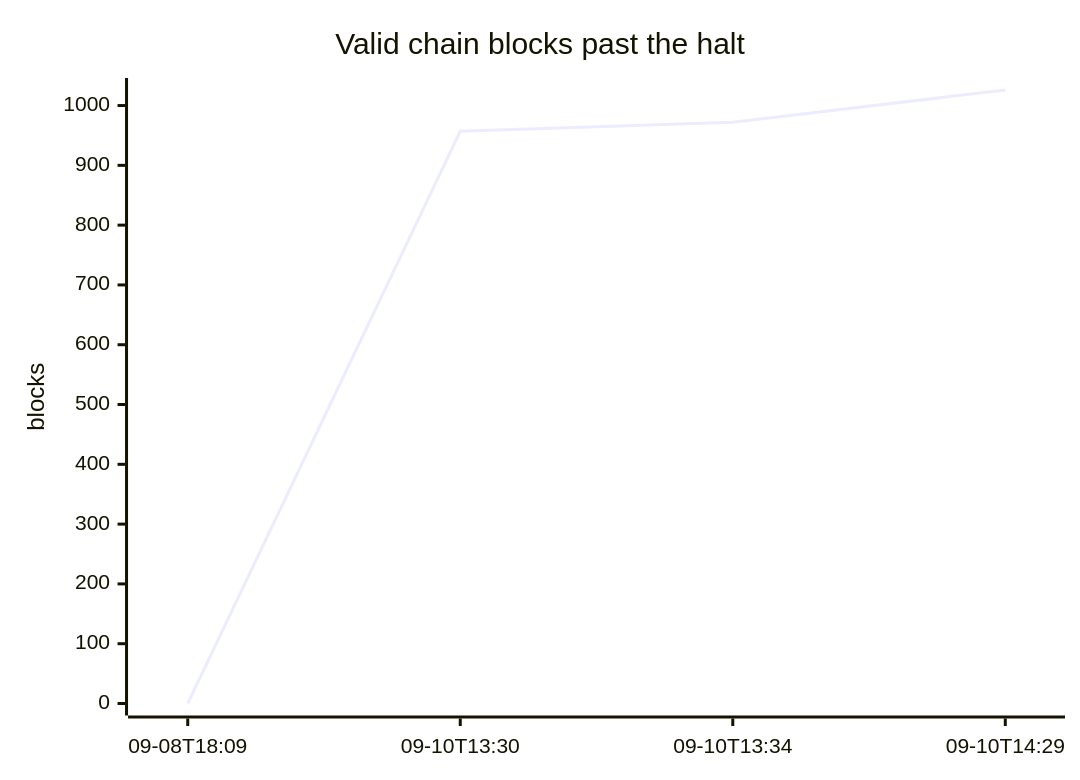
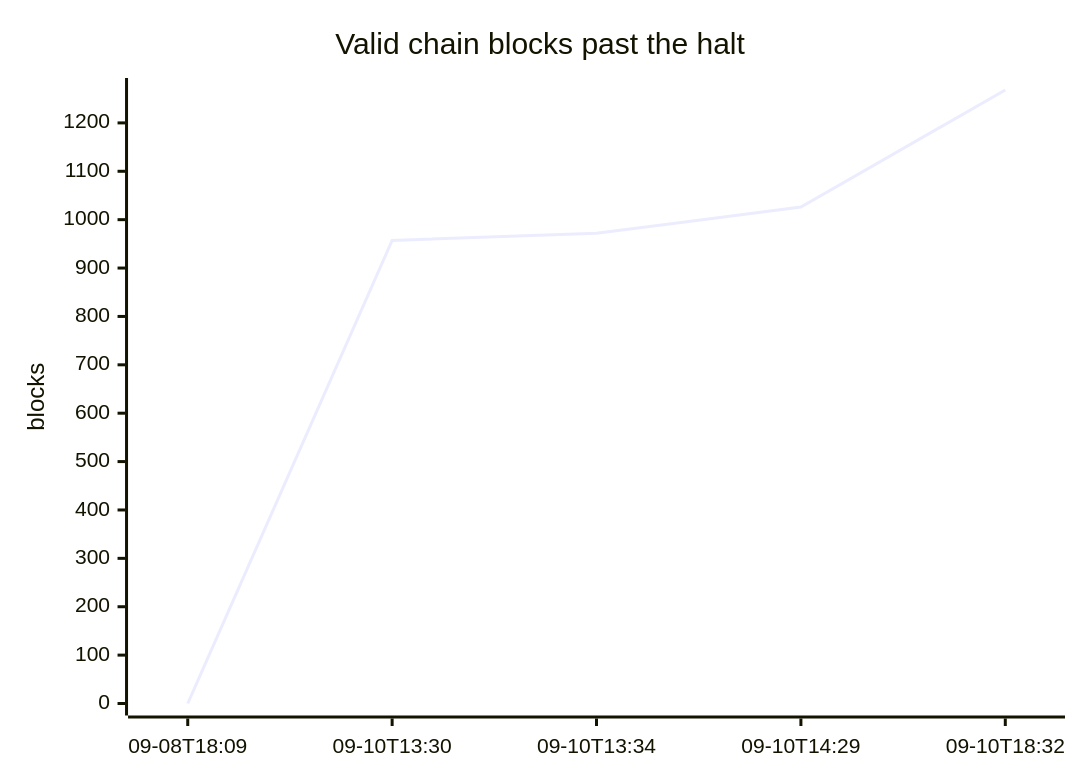
One commit to orangesurf/liquid-transaction-replay-monitor changed the second of 2 diagrams in README.md. Above: the diagram before and after it, drawn with Mermaid. The commit also changed other lines of this file and 2 other files, not shown here.

````diff
--- a/README.md
+++ b/README.md
@@ -32,7 +32,7 @@
 ```mermaid
 xychart-beta
     title "Valid chain blocks past the halt"
-    x-axis ["09-08T18:09", "09-10T13:30", "09-10T13:34", "09-10T14:29"]
-    y-axis "blocks" 0 --> 1026
-    line [0, 957, 972, 1026]
+    x-axis ["09-08T18:09", "09-10T13:30", "09-10T13:34", "09-10T14:29", "09-10T18:32"]
+    y-axis "blocks" 0 --> 1268
+    line [0, 957, 972, 1026, 1268]
 ```
````
